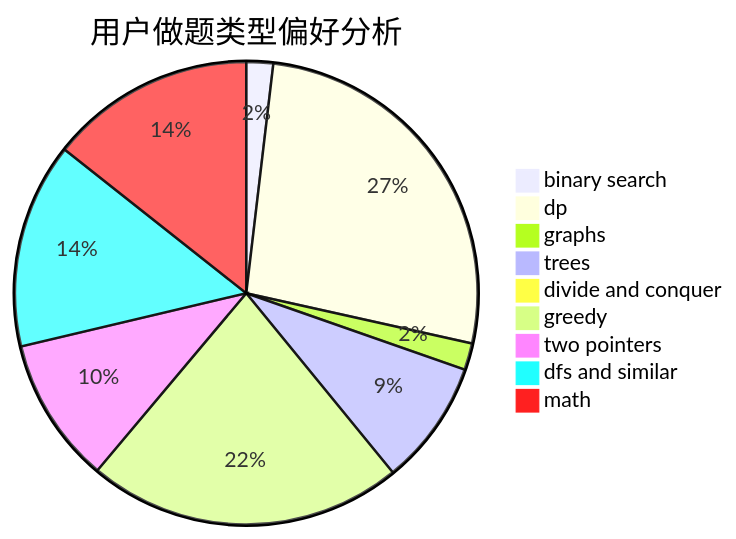
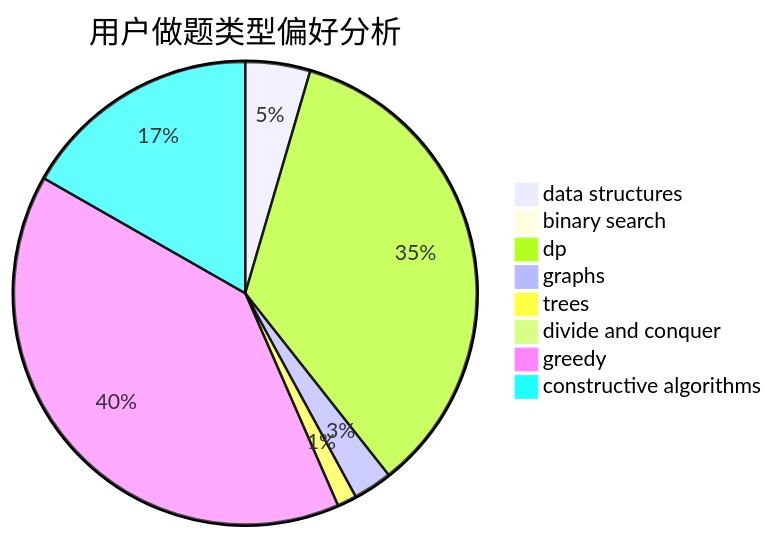
Before and after one commit to sherpahu/cfrs.github.io: the second of 3 diagrams in docs/user/u984.md, drawn with Mermaid. The commit also changed other lines of this file and 2775 other files, not shown here.

````diff
--- a/docs/user/u984.md
+++ b/docs/user/u984.md
@@ -23,12 +23,11 @@
 ```mermaid
 pie title 用户做题类型偏好分析
-    "binary search" :  9
-    "dp" :  128
-    "graphs" :  9
-    "trees" :  42
+    "data structures" :  10
+    "binary search" :  0
+    "dp" :  77
+    "graphs" :  6
+    "trees" :  3
     "divide and conquer" :  0
-    "greedy" :  106
-    "two pointers" :  49
-    "dfs and similar" :  69
-    "math" :  69
+    "greedy" :  88
+    "constructive algorithms" :  37
 ```
````
